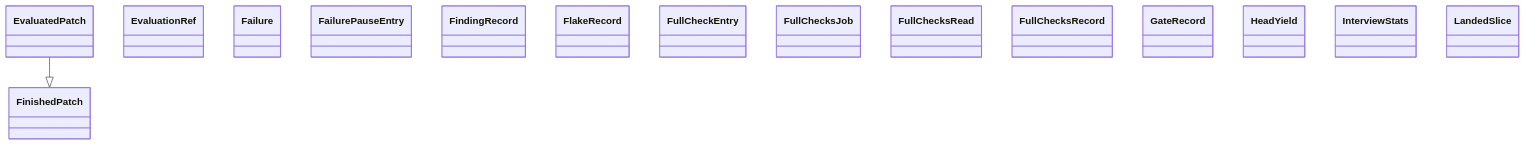
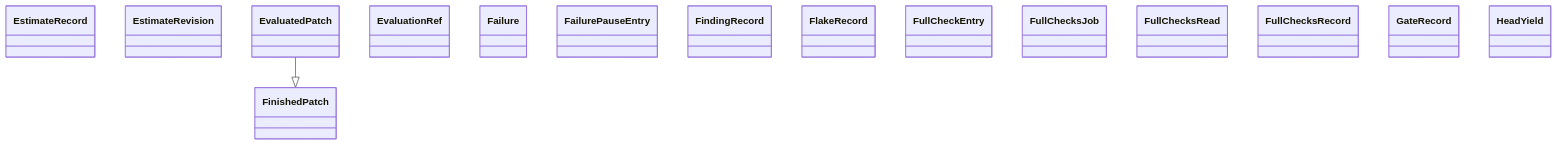
Before and after one commit to GonzaloZevallos/agentic-system: the diagram in docs/architecture/generated/classes-process-domain-state-5.md, drawn with Mermaid. The commit also changed other lines of this file and 9 other files, not shown here.

Commit message:
Regenerate the architecture pages for DepartureAnswer and DrawingEscalation

````diff
--- a/docs/architecture/generated/classes-process-domain-state-5.md
+++ b/docs/architecture/generated/classes-process-domain-state-5.md
@@ -29,19 +29,19 @@
 ```mermaid
 classDiagram
+    class task__EstimateRecord["EstimateRecord"]
+    class task__EstimateRevision["EstimateRevision"]
     class task__EvaluatedPatch["EvaluatedPatch"]
     class task__EvaluationRef["EvaluationRef"]
     class task__Failure["Failure"]
     class task__FailurePauseEntry["FailurePauseEntry"]
     class task__FindingRecord["FindingRecord"]
     class task__FinishedPatch["FinishedPatch"]
     class task__FlakeRecord["FlakeRecord"]
     class task__FullCheckEntry["FullCheckEntry"]
     class task__FullChecksJob["FullChecksJob"]
     class task__FullChecksRead["FullChecksRead"]
     class task__FullChecksRecord["FullChecksRecord"]
     class task__GateRecord["GateRecord"]
     class task__HeadYield["HeadYield"]
-    class task__InterviewStats["InterviewStats"]
-    class task__LandedSlice["LandedSlice"]
     task__EvaluatedPatch --|> task__FinishedPatch
 ```
````
